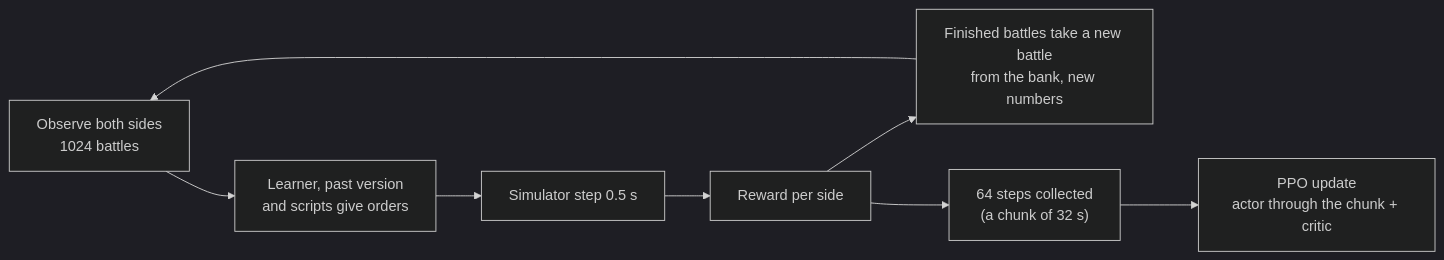
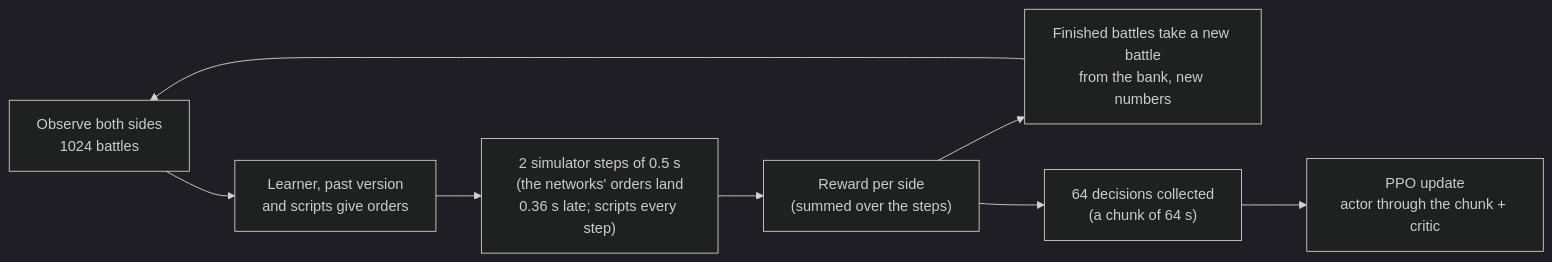
One commit to DimaZero7/TWW3-batle-ai changed the diagram in docs/en/training/training.md. Above: the diagram before and after it, drawn with Mermaid (dark theme). The commit also changed other lines of this file and 12 other files, not shown here.

First line of the commit message:
Game cadence in training: one decision per 1 s, orders land after 0.36 s (measured)

````diff
--- a/docs/en/training/training.md
+++ b/docs/en/training/training.md
@@ -326,10 +326,10 @@
 ```mermaid
 flowchart LR
   obs["Observe both sides<br/>1024 battles"] --> act["Learner, past version<br/>and scripts give orders"]
-  act --> step["Simulator step 0.5 s"]
-  step --> rew["Reward per side"]
+  act --> step["2 simulator steps of 0.5 s<br/>(the networks' orders land<br/>0.36 s late; scripts every step)"]
+  step --> rew["Reward per side<br/>(summed over the steps)"]
   rew --> reset["Finished battles take a new battle<br/>from the bank, new numbers"]
   reset --> obs
-  rew --> buf["64 steps collected<br/>(a chunk of 32 s)"]
+  rew --> buf["64 decisions collected<br/>(a chunk of 64 s)"]
   buf --> ppo["PPO update<br/>actor through the chunk + critic"]
 ```
````
